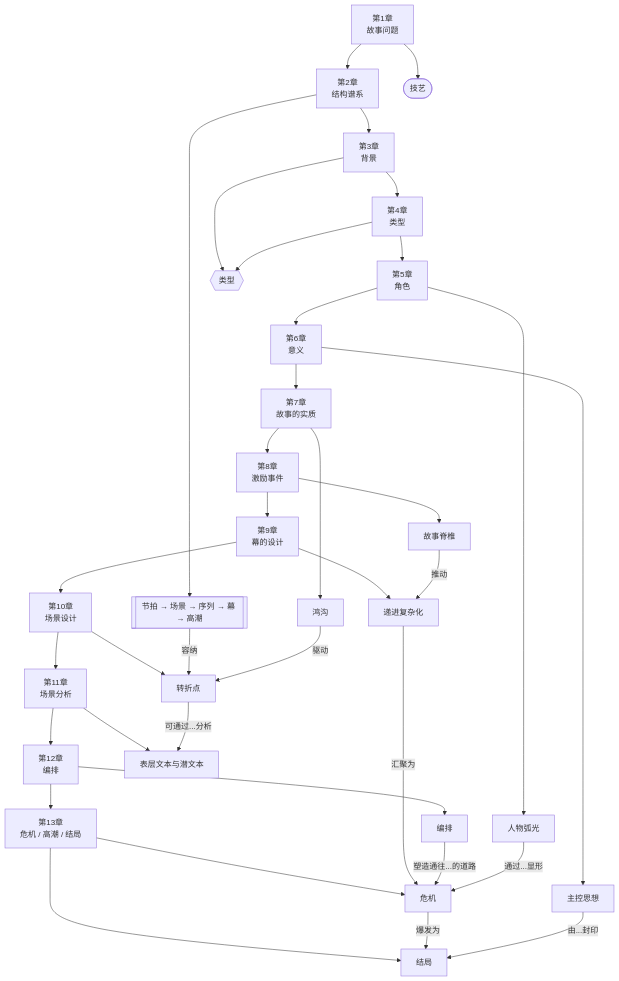
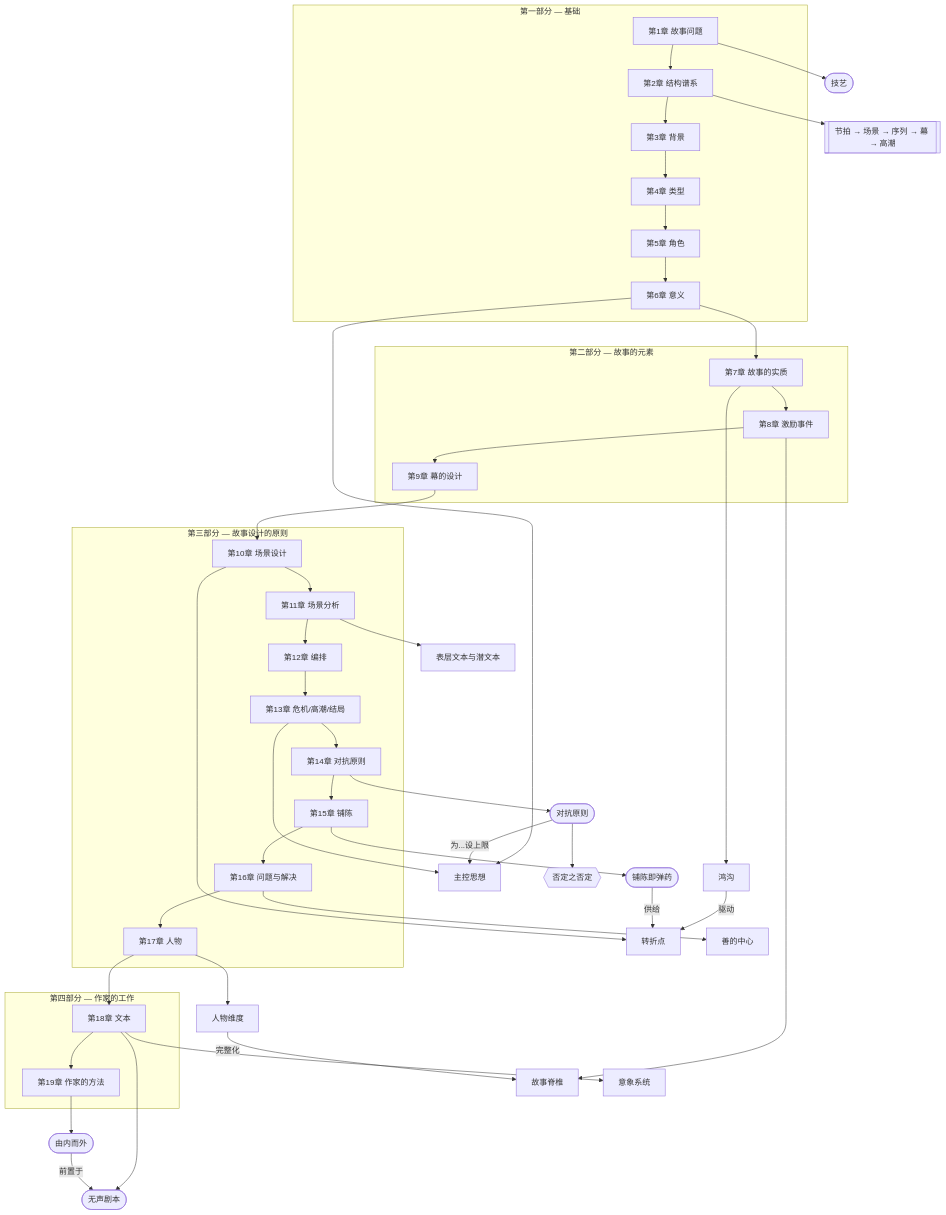
One commit to Quentinbest/LLM-Wiki-Story changed the diagram in wiki/zh/overview.md. Above: the diagram before and after it, drawn with Mermaid. The commit also changed other lines of this file and 37 other files, not shown here.

````diff
--- a/wiki/zh/overview.md
+++ b/wiki/zh/overview.md
@@ -21,56 +25,75 @@
 ```mermaid
 flowchart TB
-  ch1[第1章<br/>故事问题]
-  ch2[第2章<br/>结构谱系]
-  ch3[第3章<br/>背景]
-  ch4[第4章<br/>类型]
-  ch5[第5章<br/>角色]
-  ch6[第6章<br/>意义]
-  ch7[第7章<br/>故事的实质]
-  ch8[第8章<br/>激励事件]
-  ch9[第9章<br/>幕的设计]
-  ch10[第10章<br/>场景设计]
-  ch11[第11章<br/>场景分析]
-  ch12[第12章<br/>编排]
-  ch13[第13章<br/>危机 / 高潮 / 结局]
+  subgraph PartOne["第一部分 — 基础"]
+    ch1[第1章 故事问题]
+    ch2[第2章 结构谱系]
+    ch3[第3章 背景]
+    ch4[第4章 类型]
+    ch5[第5章 角色]
+    ch6[第6章 意义]
+  end
+
+  subgraph PartTwo["第二部分 — 故事的元素"]
+    ch7[第7章 故事的实质]
+    ch8[第8章 激励事件]
+    ch9[第9章 幕的设计]
+  end
+
+  subgraph PartThree["第三部分 — 故事设计的原则"]
+    ch10[第10章 场景设计]
+    ch11[第11章 场景分析]
+    ch12[第12章 编排]
+    ch13[第13章 危机/高潮/结局]
+    ch14[第14章 对抗原则]
+    ch15[第15章 铺陈]
+    ch16[第16章 问题与解决]
+    ch17[第17章 人物]
+  end
+
+  subgraph PartFour["第四部分 — 作家的工作"]
+    ch18[第18章 文本]
+    ch19[第19章 作家的方法]
+  end
 
   craft([技艺])
   hierarchy[[节拍 → 场景 → 序列 → 幕 → 高潮]]
-  genre{{类型}}
-  character[人物弧光]
   meaning[主控思想]
   gap[鸿沟]
   spine[故事脊椎]
-  complications[递进复杂化]
   turn[转折点]
   subtext[表层文本与潜文本]
-  composition[编排]
-  crisis[危机]
-  resolution[结局]
+  antagonism([对抗原则])
+  nen{{否定之否定}}
+  ammo([铺陈即弹药])
+  centerOfGood[善的中心]
+  dimension[人物维度]
+  imageSys[意象系统]
+  silent([无声剧本])
+  insideOut([由内而外])
 
   ch1 --> craft
   ch2 --> hierarchy
-  ch3 --> genre
-  ch4 --> genre
-  ch5 --> character
   ch6 --> meaning
   ch7 --> gap
   ch8 --> spine
-  ch9 --> complications
   ch10 --> turn
   ch11 --> subtext
-  ch12 --> composition
-  ch13 --> crisis
-  ch13 --> resolution
+  ch13 --> meaning
+  ch14 --> antagonism
+  antagonism --> nen
+  ch15 --> ammo
+  ch16 --> centerOfGood
+  ch17 --> dimension
+  ch18 --> imageSys
+  ch18 --> silent
+  ch19 --> insideOut
 
-  ch1 --> ch2 --> ch3 --> ch4 --> ch5 --> ch6 --> ch7 --> ch8 --> ch9 --> ch10 --> ch11 --> ch12 --> ch13
-  hierarchy -->|容纳| turn
+  ch1 --> ch2 --> ch3 --> ch4 --> ch5 --> ch6 --> ch7 --> ch8 --> ch9
+  ch9 --> ch10 --> ch11 --> ch12 --> ch13 --> ch14 --> ch15 --> ch16 --> ch17 --> ch18 --> ch19
+
   gap -->|驱动| turn
-  spine -->|推动| complications
-  complications -->|汇聚为| crisis
-  turn -->|可通过...分析| subtext
-  composition -->|塑造通往...的道路| crisis
-  crisis -->|爆发为| resolution
-  character -->|通过...显形| crisis
-  meaning -->|由...封印| resolution
+  antagonism -->|为...设上限| meaning
+  ammo -->|供给| turn
+  dimension -->|完整化| spine
+  insideOut -->|前置于| silent
 ```
````
